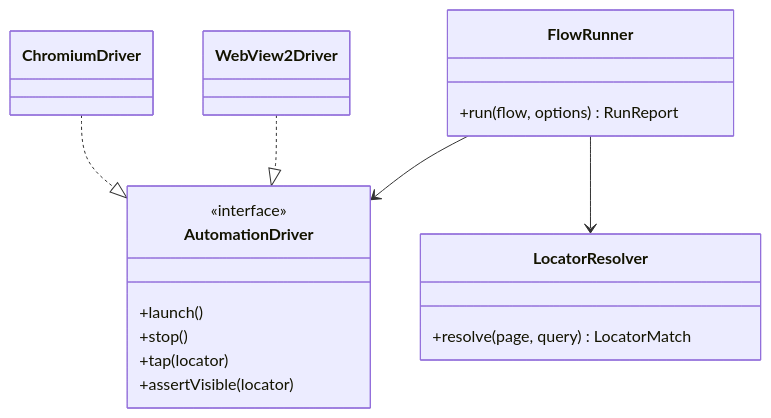
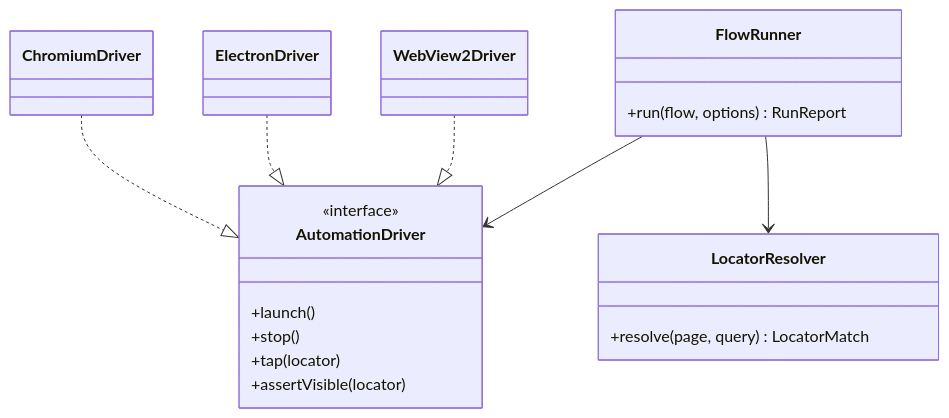
The second of 2 diagrams in docs/architecture.md (roblecg/SolidFlow), drawn with Mermaid before and after one commit. The commit also changed other lines of this file and 16 other files, not shown here.

````diff
--- a/docs/architecture.md
+++ b/docs/architecture.md
@@ -132,22 +136,24 @@
 ```mermaid
 classDiagram
   class FlowRunner {
     +run(flow, options) RunReport
   }
   class AutomationDriver {
     <<interface>>
     +launch()
     +stop()
     +tap(locator)
     +assertVisible(locator)
   }
   class WebView2Driver
+  class ElectronDriver
   class ChromiumDriver
   class LocatorResolver {
     +resolve(page, query) LocatorMatch
   }
   FlowRunner --> AutomationDriver
   WebView2Driver ..|> AutomationDriver
+  ElectronDriver ..|> AutomationDriver
   ChromiumDriver ..|> AutomationDriver
   FlowRunner --> LocatorResolver
 ```
````
